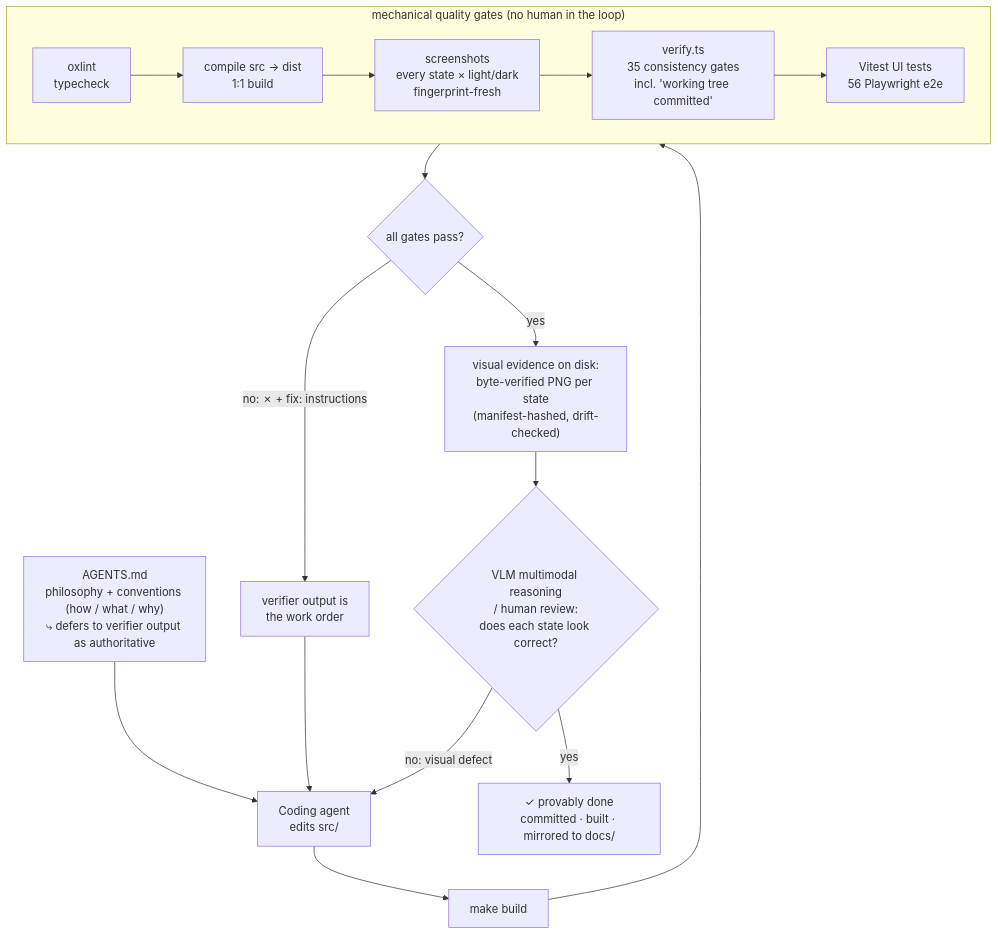
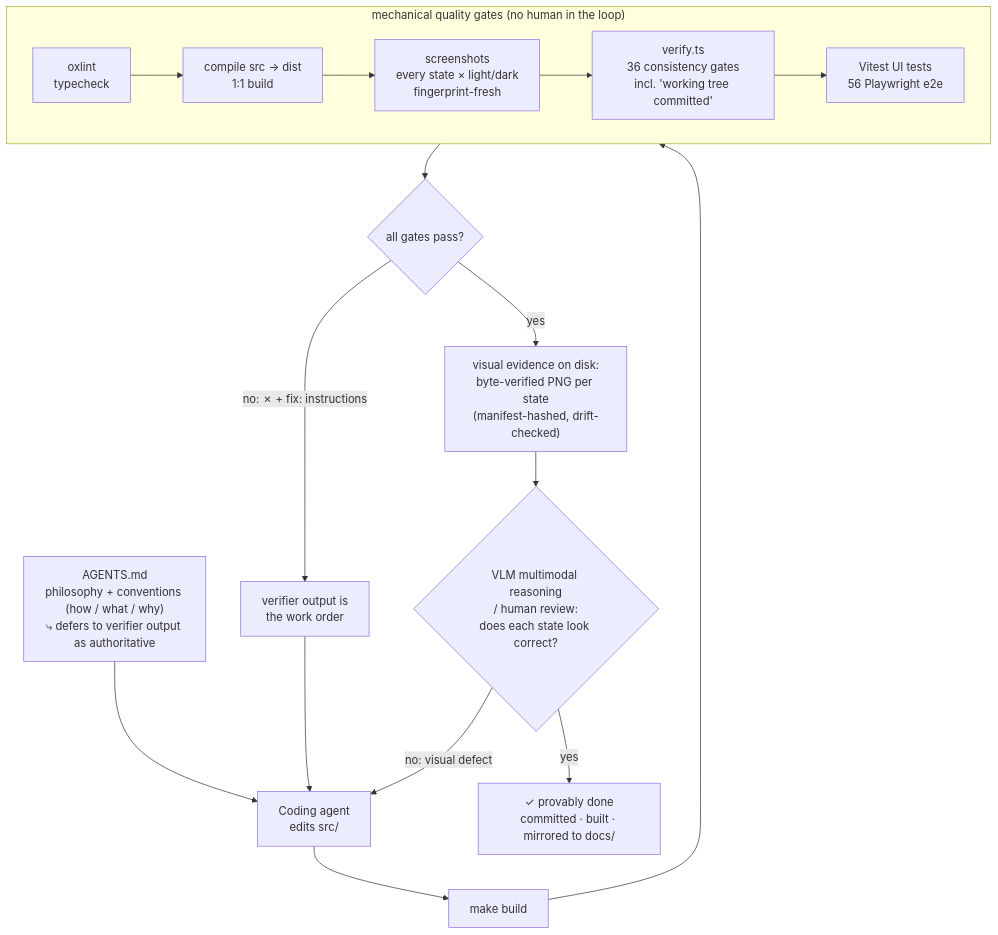
Before and after one commit to Mansi1/defuss-shadcn: the diagram in ARCH.md, drawn with Mermaid. The commit also changed other lines of this file and 6 other files, not shown here.

````diff
--- a/ARCH.md
+++ b/ARCH.md
@@ -101,19 +101,19 @@
 ```mermaid
 flowchart TD
     A["AGENTS.md<br/>philosophy + conventions (how / what / why)<br/>⤷ defers to verifier output as authoritative"] --> B["Coding agent<br/>edits src/"]
 
     B --> C["make build"]
     subgraph GATES["mechanical quality gates (no human in the loop)"]
         direction LR
-        L["oxlint<br/>typecheck"] --> P["compile src → dist<br/>1:1 build"] --> SS["screenshots<br/>every state × light/dark<br/>fingerprint-fresh"] --> V["verify.ts<br/>35 consistency gates<br/>incl. 'working tree committed'"] --> Q["Vitest UI tests<br/>56 Playwright e2e"]
+        L["oxlint<br/>typecheck"] --> P["compile src → dist<br/>1:1 build"] --> SS["screenshots<br/>every state × light/dark<br/>fingerprint-fresh"] --> V["verify.ts<br/>36 consistency gates<br/>incl. 'working tree committed'"] --> Q["Vitest UI tests<br/>56 Playwright e2e"]
     end
     C --> GATES
 
     Q --> W{"all gates pass?"}
     W -- "no: ✗ + fix: instructions" --> X["verifier output is<br/>the work order"] --> B
 
     W -- "yes" --> E["visual evidence on disk:<br/>byte-verified PNG per state<br/>(manifest-hashed, drift-checked)"]
     E --> M{"VLM multimodal reasoning<br/>/ human review:<br/>does each state look correct?"}
     M -- "no: visual defect" --> B
     M -- yes --> G["✓ provably done<br/>committed · built · mirrored to docs/"]
 ```
````
